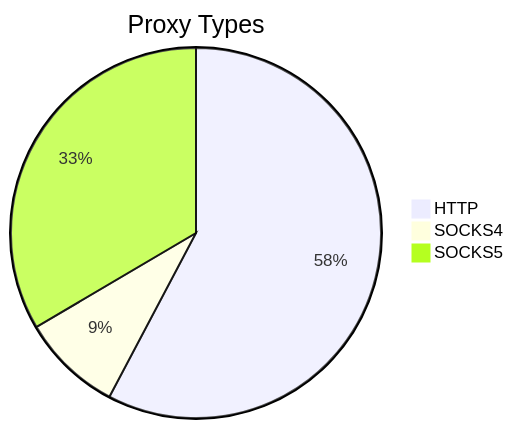
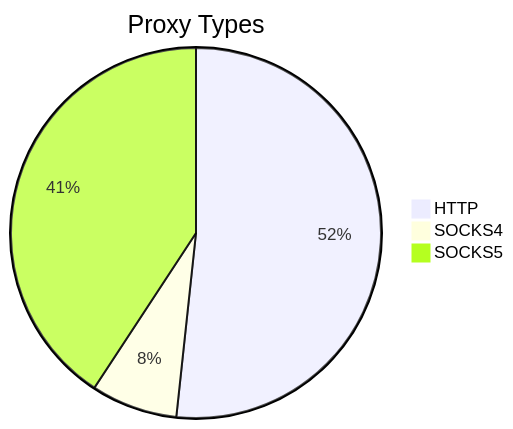
Before and after one commit to stormsia/proxy-list: the first of 2 diagrams in README.md, drawn with Mermaid. The commit also changed other lines of this file, not shown here.

````diff
--- a/README.md
+++ b/README.md
@@ -21,6 +21,6 @@
 ```mermaid
 pie title Proxy Types
-    "HTTP" : 138
-    "SOCKS4" : 21
-    "SOCKS5" : 80
+    "HTTP" : 137
+    "SOCKS4" : 20
+    "SOCKS5" : 108
 ```
````
